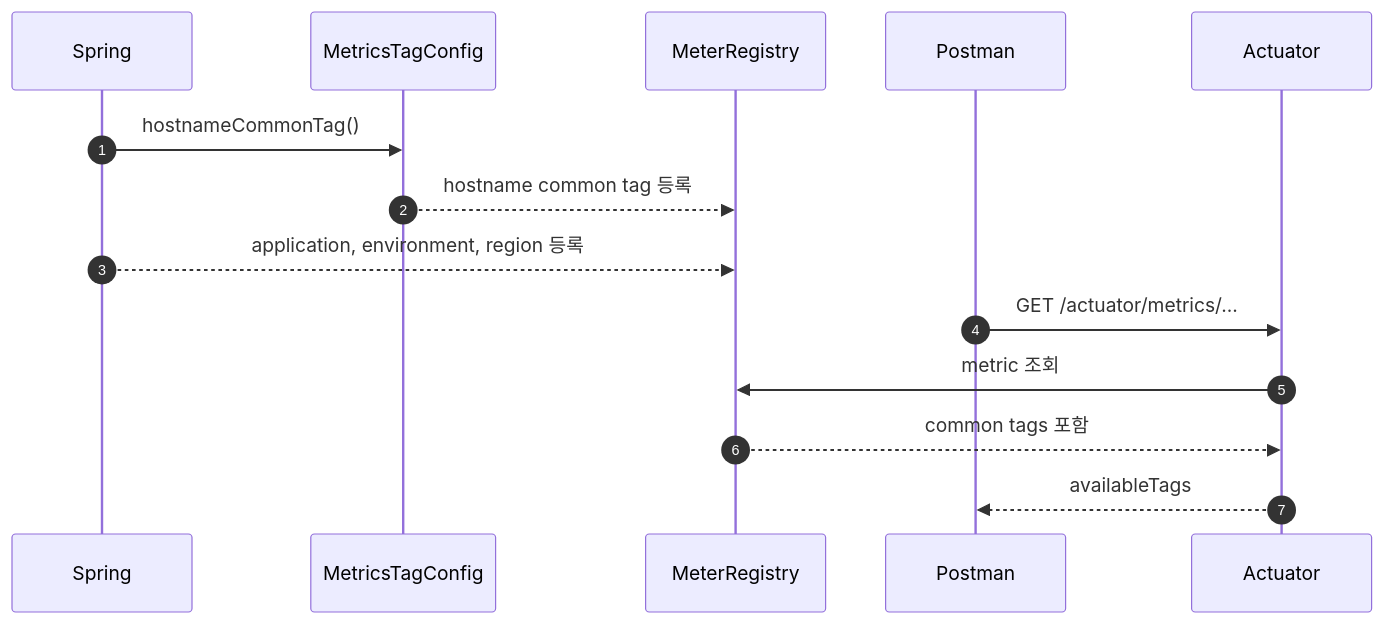
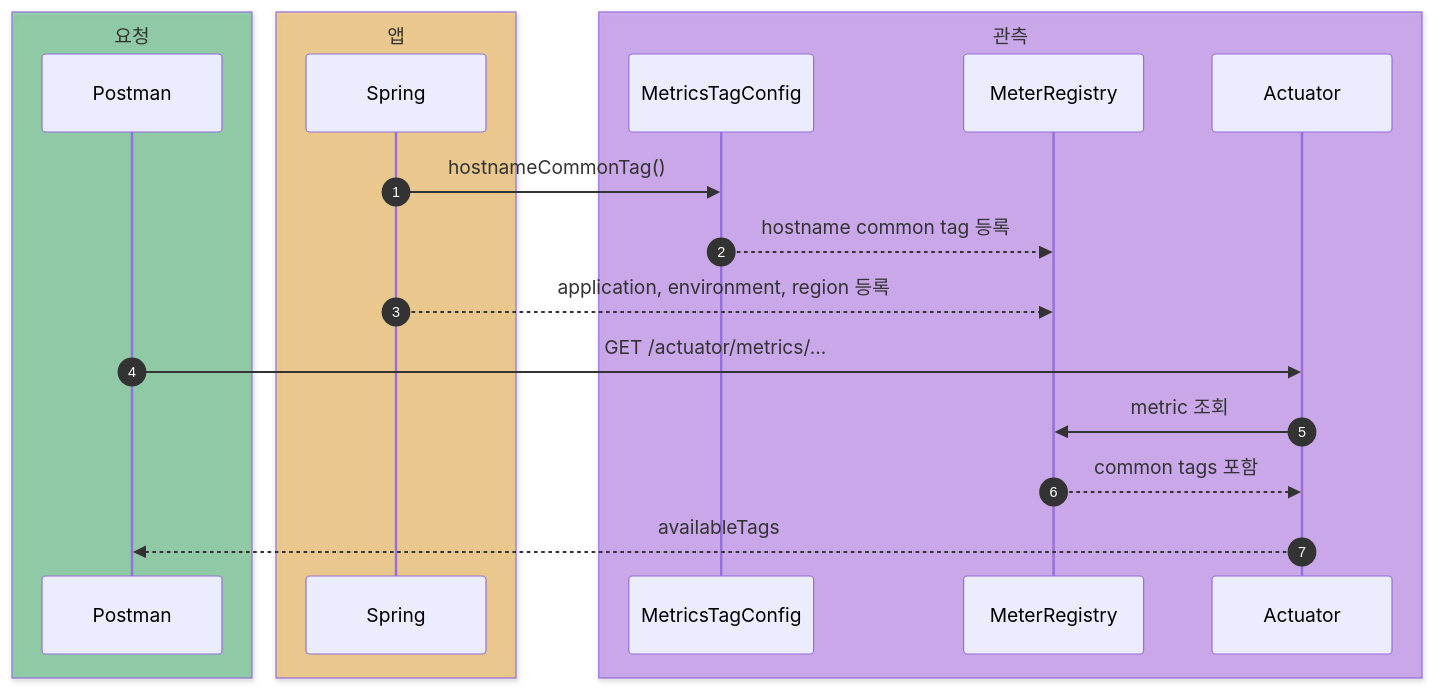
The sixth of 13 diagrams in labs/spring-boot-actuator/README.md (HJC96/deep-dive), drawn with Mermaid before and after one commit. The commit also changed other lines of this file and 4 other files, not shown here.

````diff
--- a/labs/spring-boot-actuator/README.md
+++ b/labs/spring-boot-actuator/README.md
@@ -837,17 +879,26 @@
 ```mermaid
 sequenceDiagram
     autonumber
+
+    box rgba(22, 163, 74, 0.40) 요청
+    participant Postman
+    end
+
+    box rgba(245, 158, 11, 0.40) 앱
     participant Spring
+    end
+
+    box rgba(147, 51, 234, 0.35) 관측
     participant Config as MetricsTagConfig
     participant Registry as MeterRegistry
-    participant Postman
     participant Actuator
+    end
 
     Spring->>Config: hostnameCommonTag()
     Config-->>Registry: hostname common tag 등록
     Spring-->>Registry: application, environment, region 등록
     Postman->>Actuator: GET /actuator/metrics/...
     Actuator->>Registry: metric 조회
     Registry-->>Actuator: common tags 포함
     Actuator-->>Postman: availableTags
 ```
````
